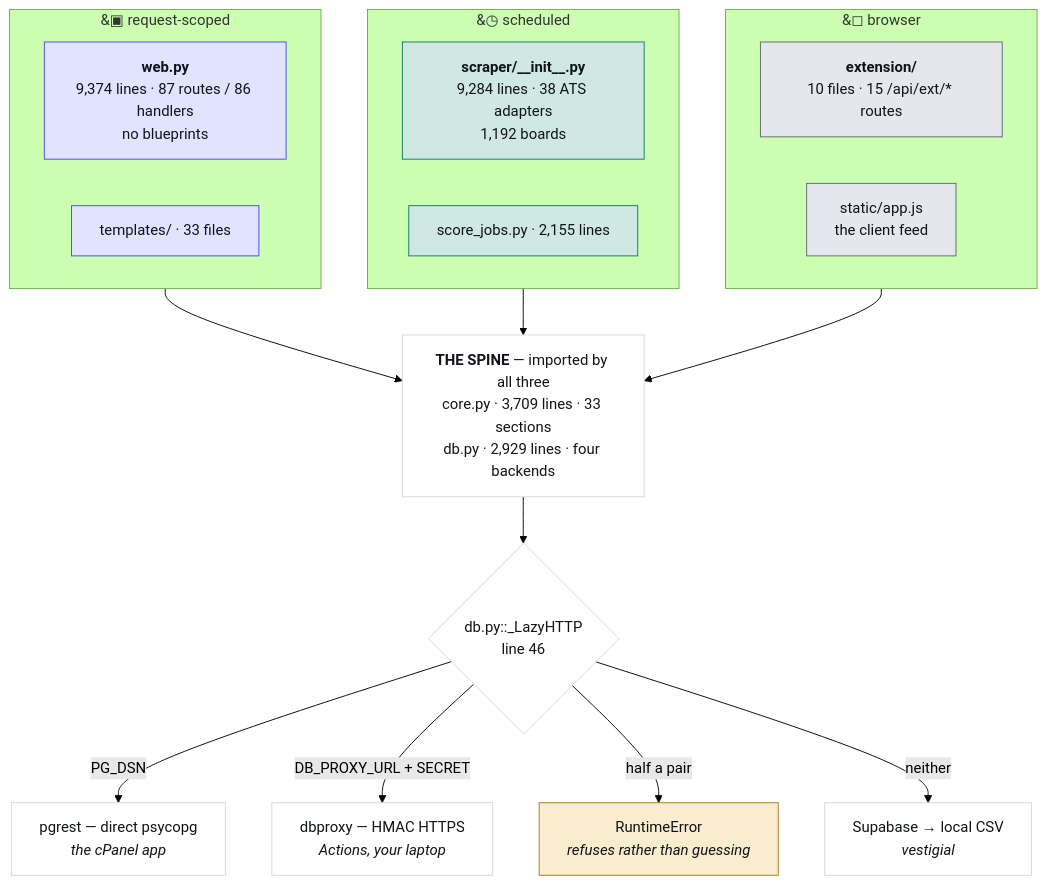
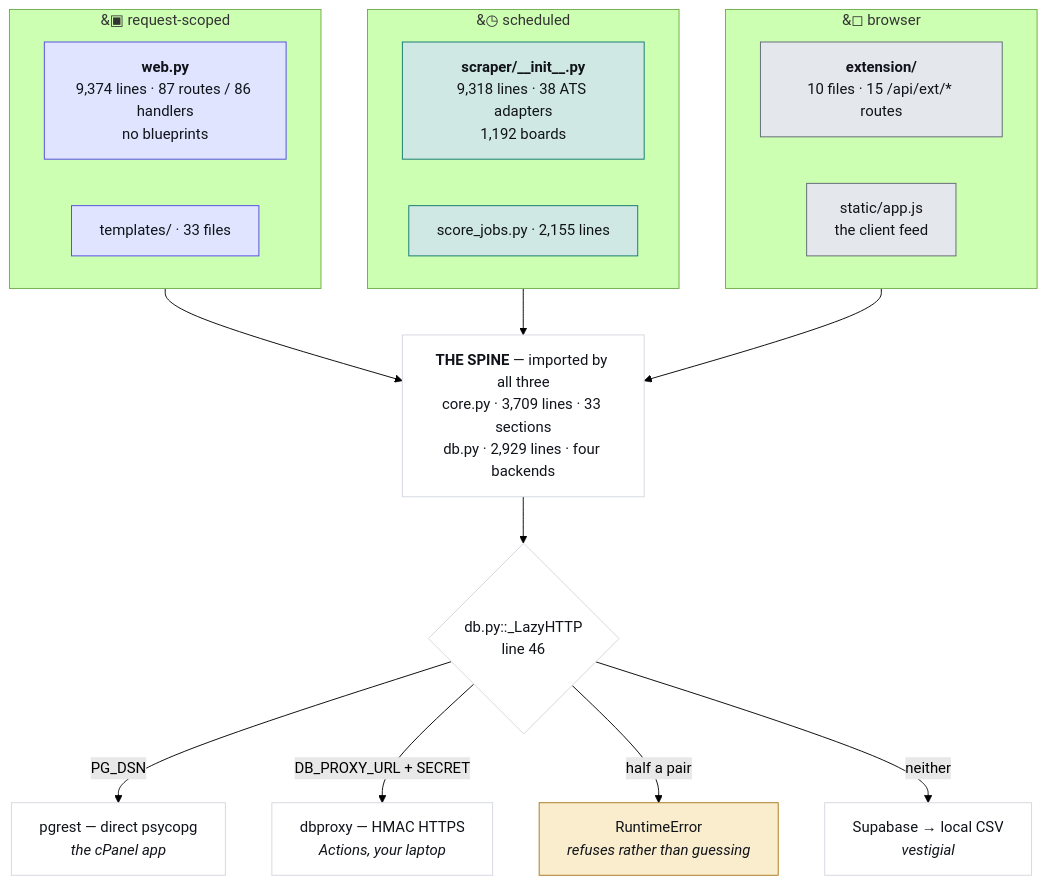
Before and after one commit to hadakunal909-debug/job-search-tool: the first of 4 diagrams in JobMatch Scraper/docs/ARCHITECTURE.md, drawn with Mermaid (forest theme). The commit also changed other lines of this file and 9 other files, not shown here.

````diff
--- a/JobMatch Scraper/docs/ARCHITECTURE.md
+++ b/JobMatch Scraper/docs/ARCHITECTURE.md
@@ -45,34 +45,34 @@
 ```mermaid
 flowchart TB
   subgraph REQ["&#9635; request-scoped"]
     W["<b>web.py</b><br/>9,374 lines · 87 routes / 86 handlers<br/>no blueprints"]
     T["templates/ · 33 files"]
   end
   subgraph SCH["&#9719; scheduled"]
-    S["<b>scraper/__init__.py</b><br/>9,284 lines · 38 ATS adapters<br/>1,192 boards"]
+    S["<b>scraper/__init__.py</b><br/>9,318 lines · 38 ATS adapters<br/>1,192 boards"]
     J["score_jobs.py · 2,155 lines"]
   end
   subgraph CLI["&#9723; browser"]
     E["<b>extension/</b><br/>10 files · 15 /api/ext/* routes"]
     A["static/app.js<br/>the client feed"]
   end
   SPINE["<b>THE SPINE</b> — imported by all three<br/>core.py · 3,709 lines · 33 sections<br/>db.py · 2,929 lines · four backends"]
   REQ --> SPINE
   SCH --> SPINE
   CLI --> SPINE
   SPINE --> D{"db.py::_LazyHTTP<br/>line 46"}
   D -->|"PG_DSN"| P["pgrest — direct psycopg<br/><i>the cPanel app</i>"]
   D -->|"DB_PROXY_URL + SECRET"| X["dbproxy — HMAC HTTPS<br/><i>Actions, your laptop</i>"]
   D -->|"half a pair"| R["RuntimeError<br/><i>refuses rather than guessing</i>"]
   D -->|"neither"| V["Supabase → local CSV<br/><i>vestigial</i>"]
   classDef web fill:#e0e4fe,stroke:#4f46e5,color:#101319
   classDef sched fill:#cfe8e3,stroke:#0f766e,color:#101319
   classDef client fill:#e4e7ec,stroke:#5f6573,color:#101319
   classDef trap fill:#f9edcd,stroke:#a8781a,color:#101319
   classDef plain fill:#ffffff,stroke:#d3d7df,color:#101319
   class W,T web
   class S,J sched
   class E,A client
   class R trap
   class SPINE,D,P,X,V plain
 ```
````
